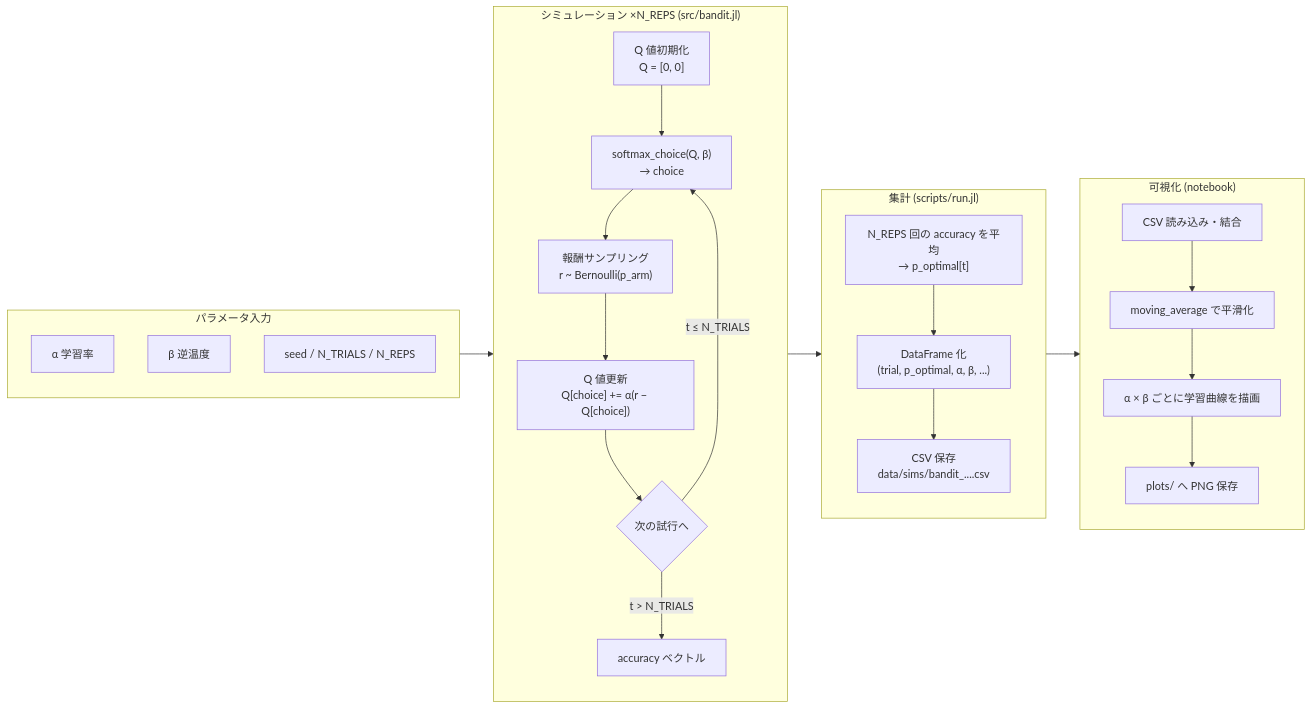
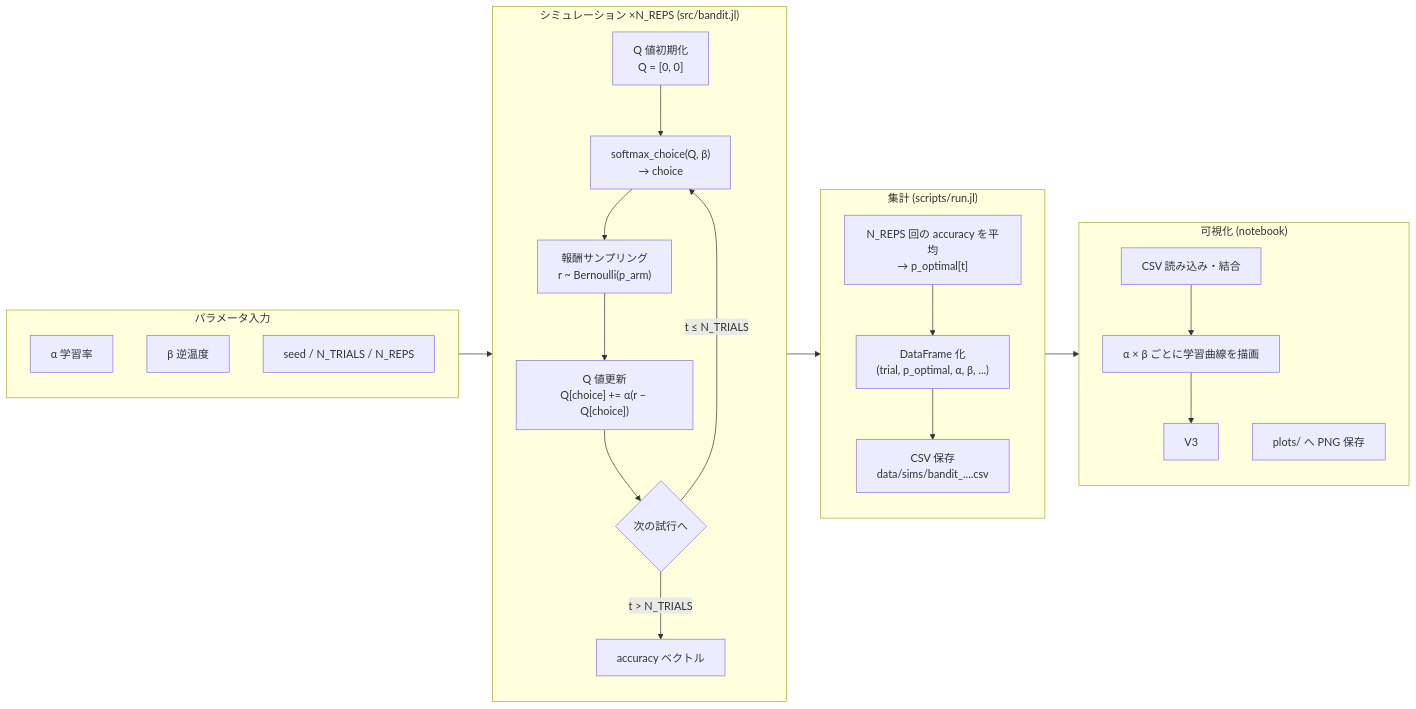
One commit to oyo-k/BanditTutorial changed the second of 2 diagrams in README.md. Above: the diagram before and after it, drawn with Mermaid. The commit also changed other lines of this file, not shown here.

Commit message:
README から moving_average の記述を削除

````diff
--- a/README.md
+++ b/README.md
@@ -47,39 +47,38 @@
 ```mermaid
 flowchart LR
     subgraph Params["パラメータ入力"]
         P1[α 学習率]
         P2[β 逆温度]
         P3[seed / N_TRIALS / N_REPS]
     end
 
     subgraph Sim["シミュレーション ×N_REPS (src/bandit.jl)"]
         direction TB
         S1["Q 値初期化<br/>Q = [0, 0]"]
         S2["softmax_choice(Q, β)<br/>→ choice"]
         S3["報酬サンプリング<br/>r ~ Bernoulli(p_arm)"]
         S4["Q 値更新<br/>Q[choice] += α(r − Q[choice])"]
         S5{次の試行へ}
         S1 --> S2 --> S3 --> S4 --> S5
         S5 -->|t ≤ N_TRIALS| S2
         S5 -->|t > N_TRIALS| S6[accuracy ベクトル]
     end
 
     subgraph Agg["集計 (scripts/run.jl)"]
         A1["N_REPS 回の accuracy を平均<br/>→ p_optimal[t]"]
         A2["DataFrame 化<br/>(trial, p_optimal, α, β, ...)"]
         A3["CSV 保存<br/>data/sims/bandit_....csv"]
         A1 --> A2 --> A3
     end
 
     subgraph Viz["可視化 (notebook)"]
         V1["CSV 読み込み・結合"]
-        V2["moving_average で平滑化"]
-        V3["α × β ごとに学習曲線を描画"]
+        V2["α × β ごとに学習曲線を描画"]
         V4["plots/ へ PNG 保存"]
-        V1 --> V2 --> V3 --> V4
+        V1 --> V2 --> V3
     end
 
     Params --> Sim
     S6 --> Agg
     Agg --> Viz
 ```
````
